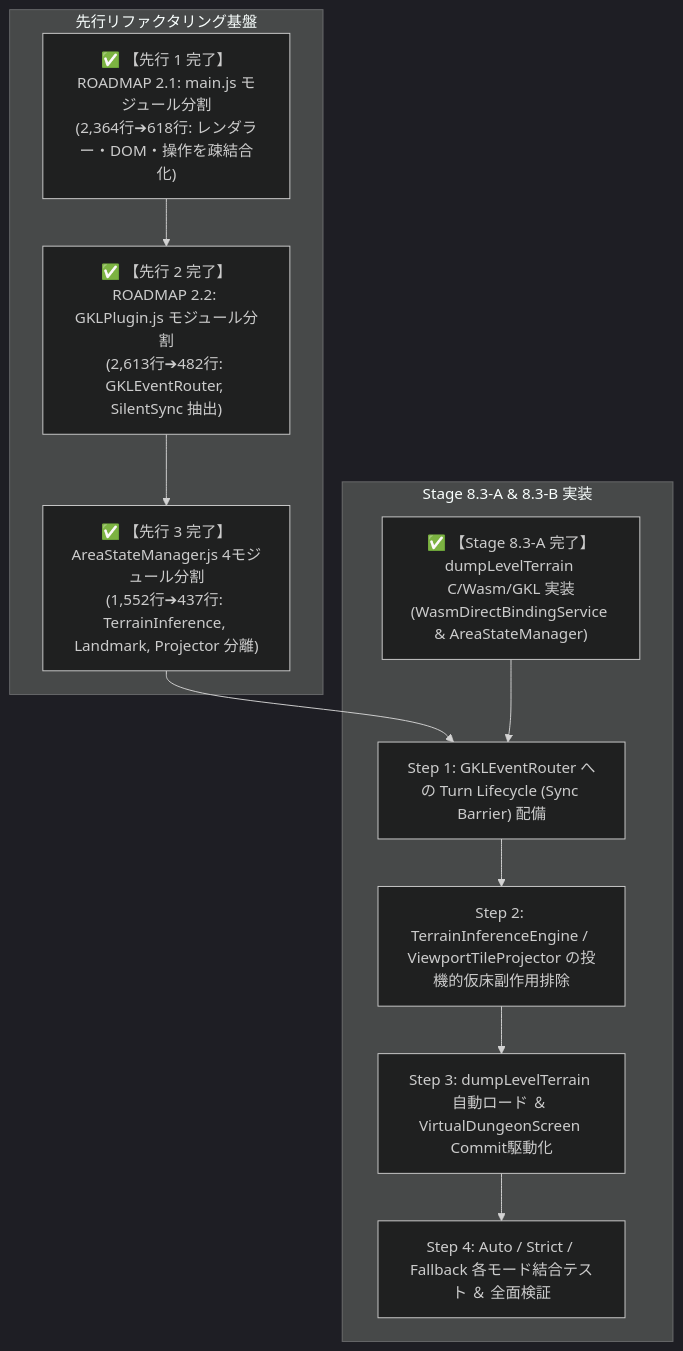
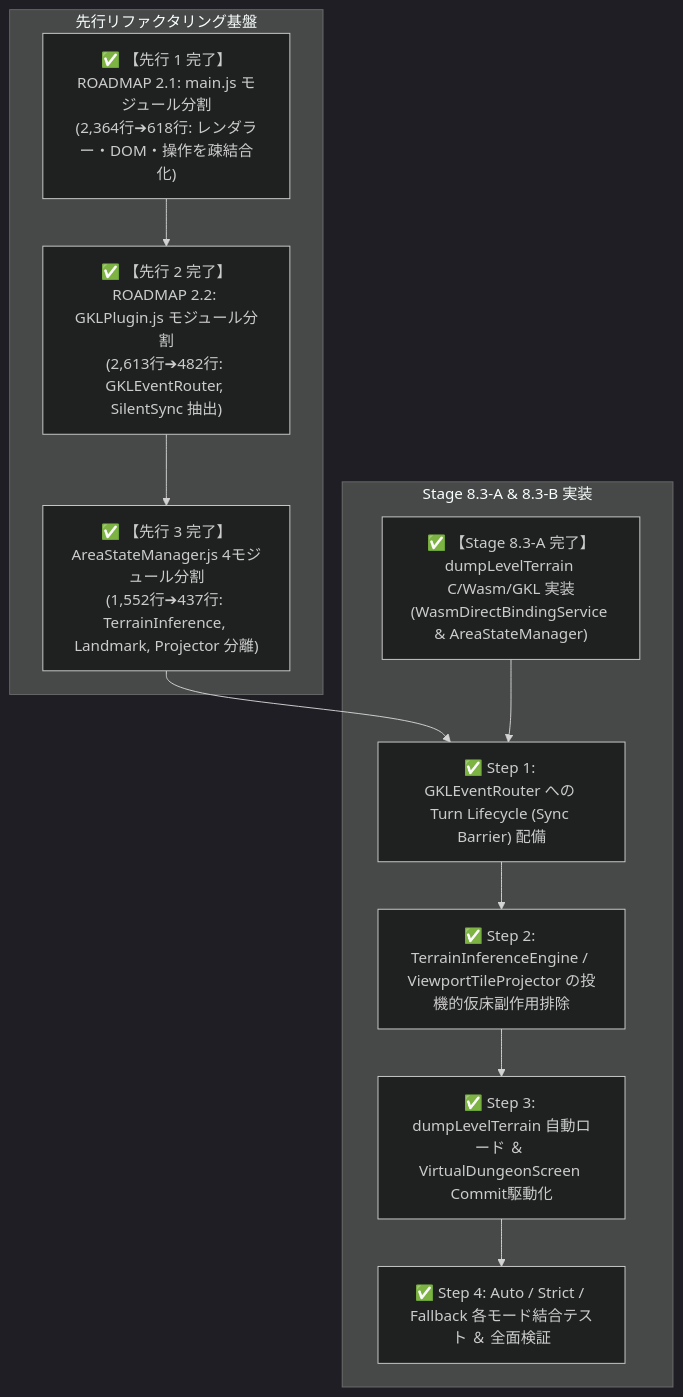
One commit to e3sh/Nethack-wasm-webUI changed the second of 2 diagrams in docs/2_client_ui/shim_driven_rendering_pipeline_architecture.ja.md. Above: the diagram before and after it, drawn with Mermaid (dark theme). The commit also changed other lines of this file and 22 other files, not shown here.

````diff
--- a/docs/2_client_ui/shim_driven_rendering_pipeline_architecture.ja.md
+++ b/docs/2_client_ui/shim_driven_rendering_pipeline_architecture.ja.md
@@ -115,19 +115,19 @@
 ```mermaid
 flowchart TD
     subgraph 先行リファクタリング基盤
         R21["✅ 【先行 1 完了】ROADMAP 2.1: main.js モジュール分割<br>(2,364行➔618行: レンダラー・DOM・操作を疎結合化)"]
         R22["✅ 【先行 2 完了】ROADMAP 2.2: GKLPlugin.js モジュール分割<br>(2,613行➔482行: GKLEventRouter, SilentSync 抽出)"]
         R23["✅ 【先行 3 完了】AreaStateManager.js 4モジュール分割<br>(1,552行➔437行: TerrainInference, Landmark, Projector 分離)"]
     end
 
     subgraph Stage 8.3-A & 8.3-B 実装
         S0["✅ 【Stage 8.3-A 完了】dumpLevelTerrain C/Wasm/GKL 実装<br>(WasmDirectBindingService & AreaStateManager)"]
-        S1["Step 1: GKLEventRouter への Turn Lifecycle (Sync Barrier) 配備"]
-        S2["Step 2: TerrainInferenceEngine / ViewportTileProjector の投機的仮床副作用排除"]
-        S3["Step 3: dumpLevelTerrain 自動ロード ＆ VirtualDungeonScreen Commit駆動化"]
-        S4["Step 4: Auto / Strict / Fallback 各モード結合テスト ＆ 全面検証"]
+        S1["✅ Step 1: GKLEventRouter への Turn Lifecycle (Sync Barrier) 配備"]
+        S2["✅ Step 2: TerrainInferenceEngine / ViewportTileProjector の投機的仮床副作用排除"]
+        S3["✅ Step 3: dumpLevelTerrain 自動ロード ＆ VirtualDungeonScreen Commit駆動化"]
+        S4["✅ Step 4: Auto / Strict / Fallback 各モード結合テスト ＆ 全面検証"]
     end
 
     R21 --> R22 --> R23 --> S1
     S0 --> S1 --> S2 --> S3 --> S4
 ```
````
